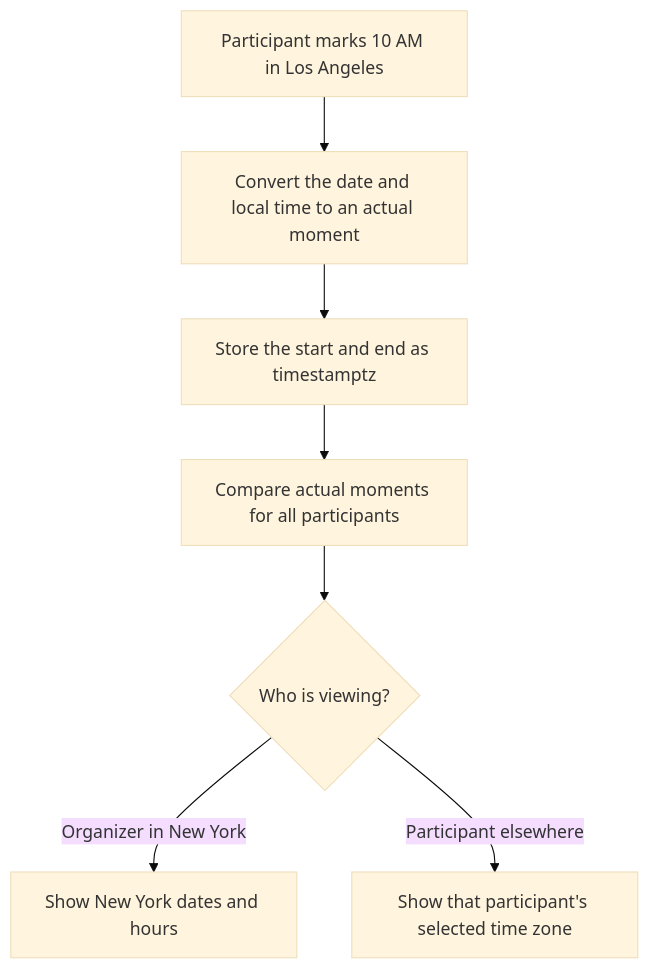
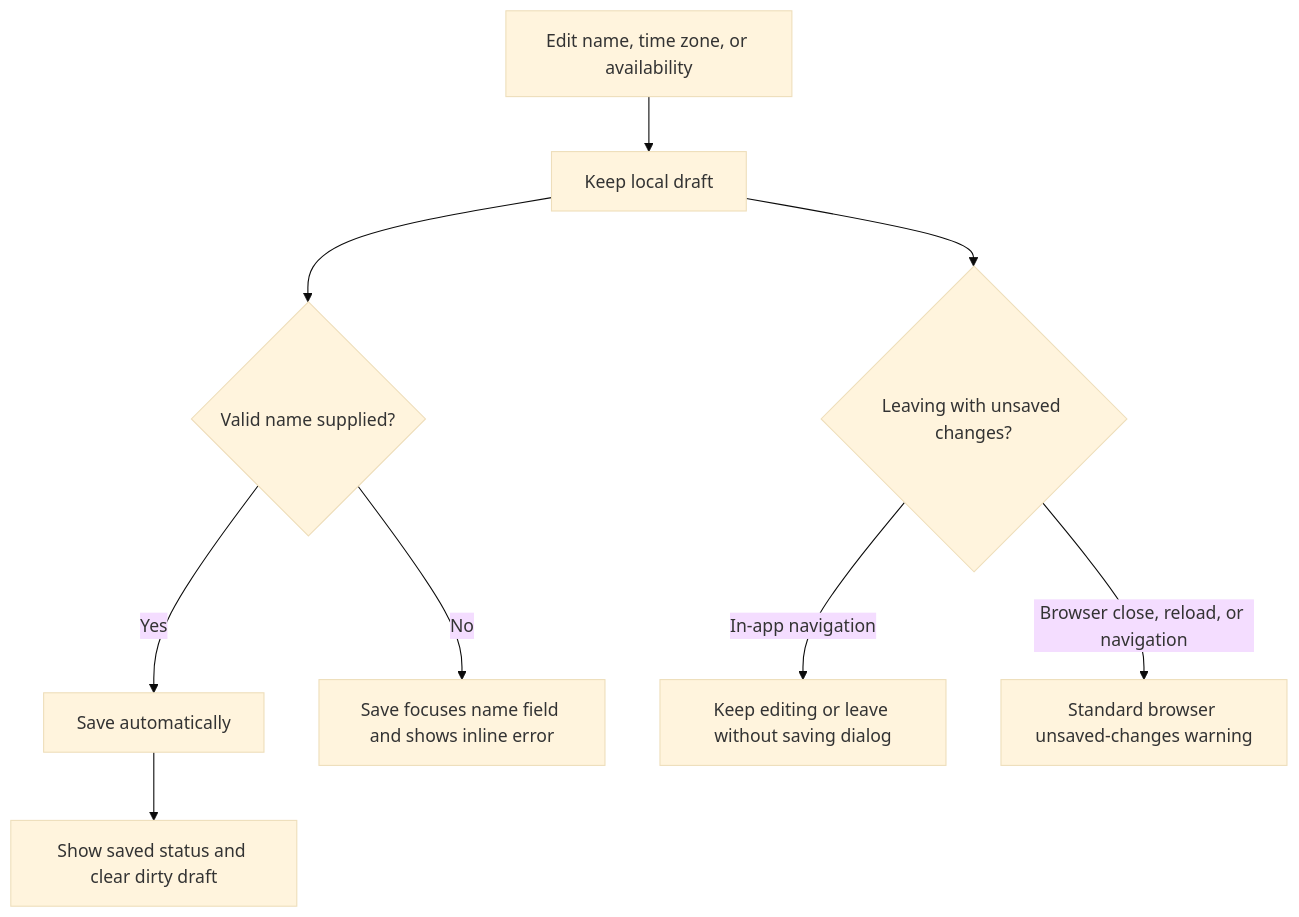
The third of 3 diagrams in docs/flowchart.md (jimmy181211/whenkin), drawn with Mermaid (base theme) before and after one commit. The commit also changed other lines of this file and 18 other files, not shown here.

````diff
--- a/docs/flowchart.md
+++ b/docs/flowchart.md
@@ -42,9 +39,11 @@
 ```mermaid
 flowchart TD
-    A[Participant marks 10 AM in Los Angeles] --> B[Convert the date and local time to an actual moment]
-    B --> C[Store the start and end as timestamptz]
-    C --> D[Compare actual moments for all participants]
-    D --> E{Who is viewing?}
-    E -->|Organizer in New York| F[Show New York dates and hours]
-    E -->|Participant elsewhere| G[Show that participant's selected time zone]
+  A[Edit name, time zone, or availability] --> B[Keep local draft]
+  B --> C{Valid name supplied?}
+  C -->|Yes| D[Save automatically]
+  C -->|No| E[Save focuses name field and shows inline error]
+  B --> F{Leaving with unsaved changes?}
+  F -->|In-app navigation| G[Keep editing or leave without saving dialog]
+  F -->|Browser close, reload, or navigation| H[Standard browser unsaved-changes warning]
+  D --> I[Show saved status and clear dirty draft]
 ```
````
